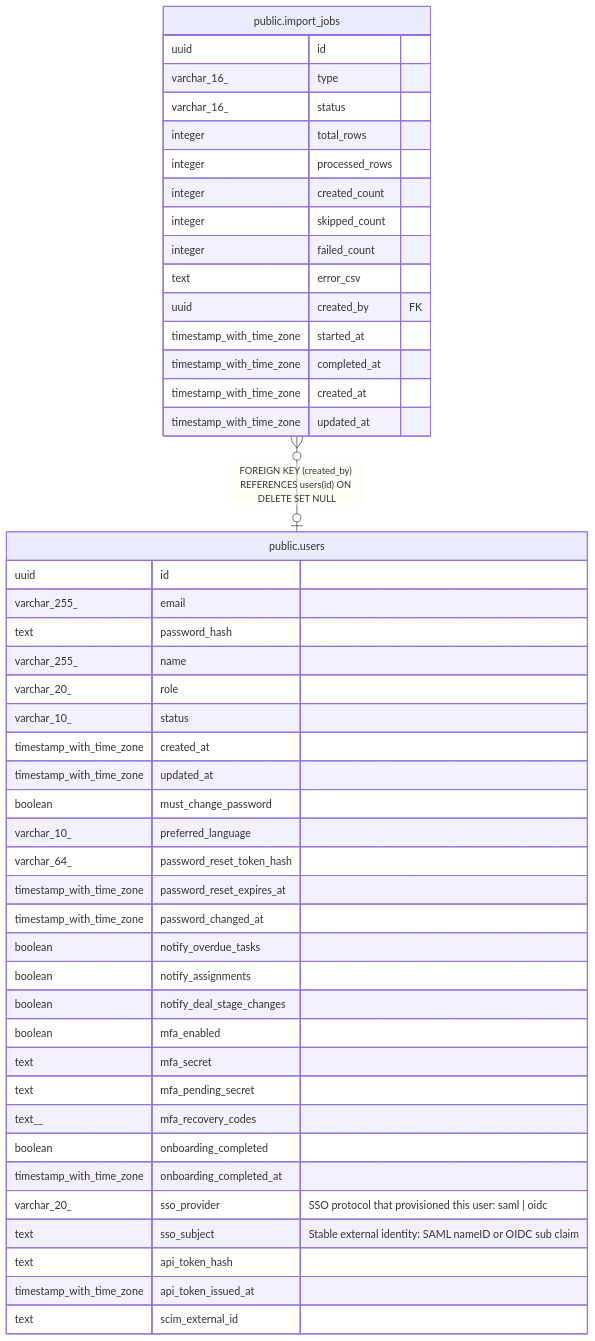
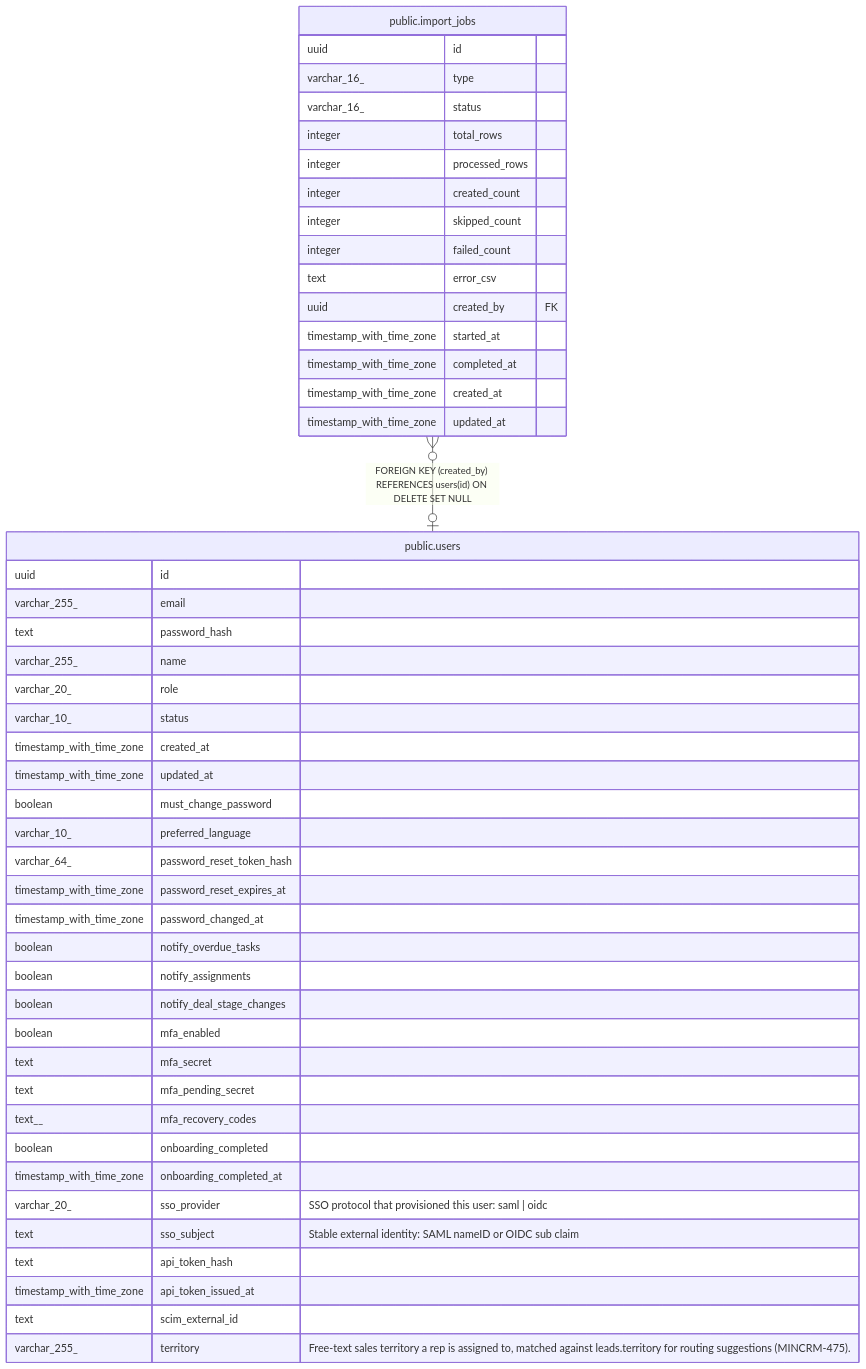
One commit to rkseattle/minicrm changed the diagram in docs/schema/public.import_jobs.md. Above: the diagram before and after it, drawn with Mermaid. The commit also changed 85 other files, not shown here.

````diff
--- a/docs/schema/public.import_jobs.md
+++ b/docs/schema/public.import_jobs.md
@@ -44,51 +44,52 @@
 ```mermaid
 erDiagram
 
 "public.import_jobs" }o--o| "public.users" : "FOREIGN KEY (created_by) REFERENCES users(id) ON DELETE SET NULL"
 
 "public.import_jobs" {
   uuid id ""
   varchar_16_ type ""
   varchar_16_ status ""
   integer total_rows ""
   integer processed_rows ""
   integer created_count ""
   integer skipped_count ""
   integer failed_count ""
   text error_csv ""
   uuid created_by FK ""
   timestamp_with_time_zone started_at ""
   timestamp_with_time_zone completed_at ""
   timestamp_with_time_zone created_at ""
   timestamp_with_time_zone updated_at ""
 }
 "public.users" {
   uuid id ""
   varchar_255_ email ""
   text password_hash ""
   varchar_255_ name ""
   varchar_20_ role ""
   varchar_10_ status ""
   timestamp_with_time_zone created_at ""
   timestamp_with_time_zone updated_at ""
   boolean must_change_password ""
   varchar_10_ preferred_language ""
   varchar_64_ password_reset_token_hash ""
   timestamp_with_time_zone password_reset_expires_at ""
   timestamp_with_time_zone password_changed_at ""
   boolean notify_overdue_tasks ""
   boolean notify_assignments ""
   boolean notify_deal_stage_changes ""
   boolean mfa_enabled ""
   text mfa_secret ""
   text mfa_pending_secret ""
   text__ mfa_recovery_codes ""
   boolean onboarding_completed ""
   timestamp_with_time_zone onboarding_completed_at ""
   varchar_20_ sso_provider "SSO protocol that provisioned this user: saml | oidc"
   text sso_subject "Stable external identity: SAML nameID or OIDC sub claim"
   text api_token_hash ""
   timestamp_with_time_zone api_token_issued_at ""
   text scim_external_id ""
+  varchar_255_ territory "Free-text sales territory a rep is assigned to, matched against leads.territory for routing suggestions (MINCRM-475)."
 }
 ```
````
